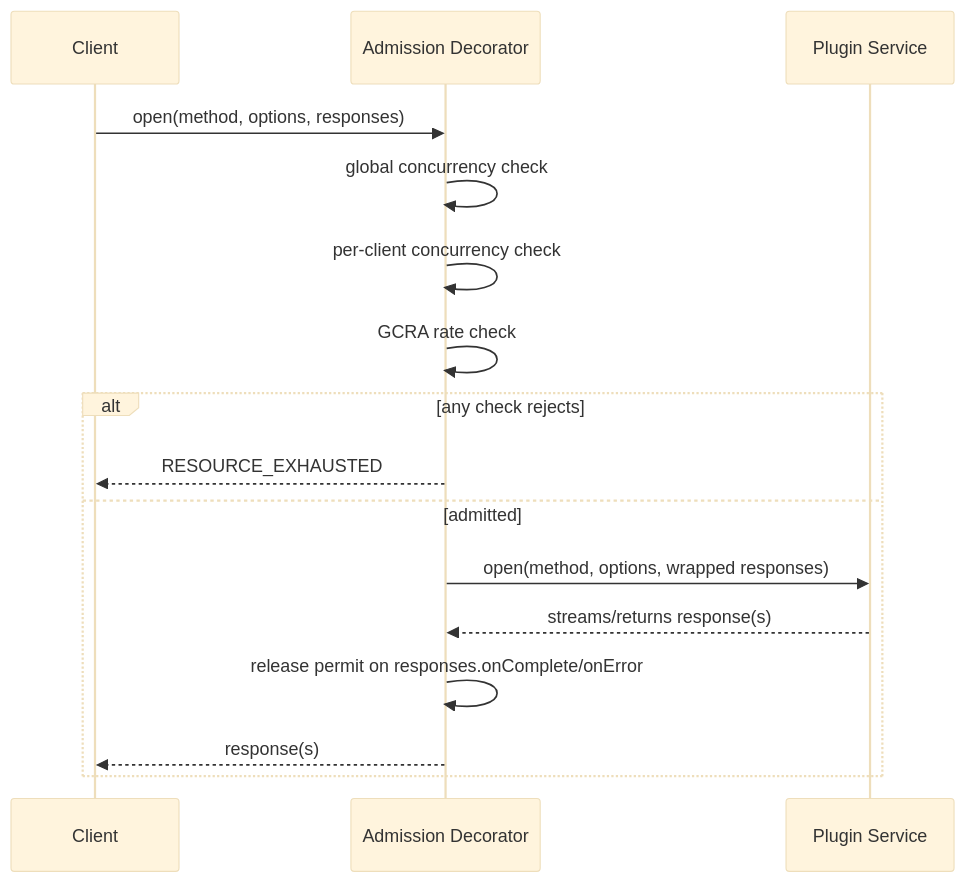
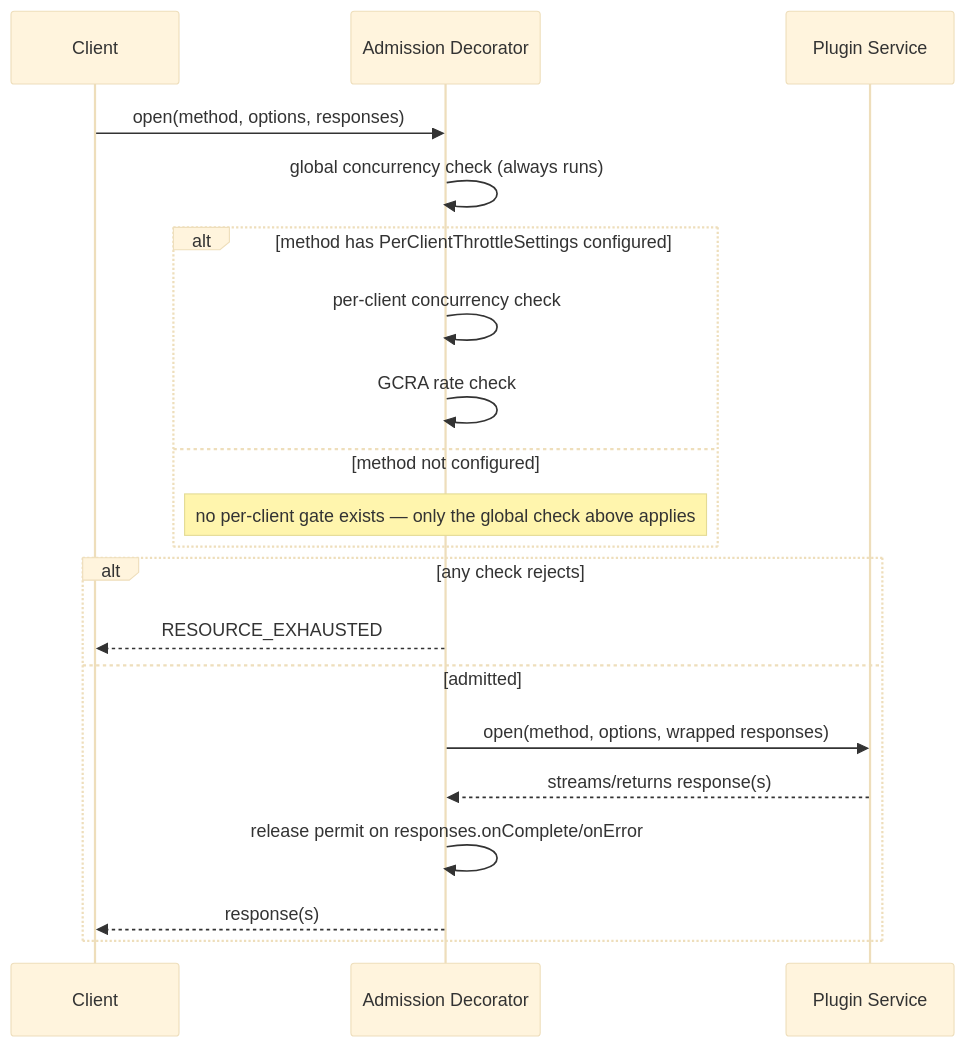
Before and after one commit to hiero-ledger/hiero-block-node: the first of 3 diagrams in docs/design/apis/api-throttling.md, drawn with Mermaid (base theme). The commit also changed other lines of this file, not shown here.

````diff
--- a/docs/design/apis/api-throttling.md
+++ b/docs/design/apis/api-throttling.md
@@ -418,19 +464,23 @@
 ```mermaid
 sequenceDiagram
     participant C as Client
     participant D as Admission Decorator
     participant P as Plugin Service
 
     C->>D: open(method, options, responses)
-    D->>D: global concurrency check
-    D->>D: per-client concurrency check
-    D->>D: GCRA rate check
+    D->>D: global concurrency check (always runs)
+    alt method has PerClientThrottleSettings configured
+        D->>D: per-client concurrency check
+        D->>D: GCRA rate check
+    else method not configured
+        Note over D: no per-client gate exists — only the global check above applies
+    end
     alt any check rejects
         D-->>C: RESOURCE_EXHAUSTED
     else admitted
         D->>P: open(method, options, wrapped responses)
         P-->>D: streams/returns response(s)
         D->>D: release permit on responses.onComplete/onError
         D-->>C: response(s)
     end
 ```
````
